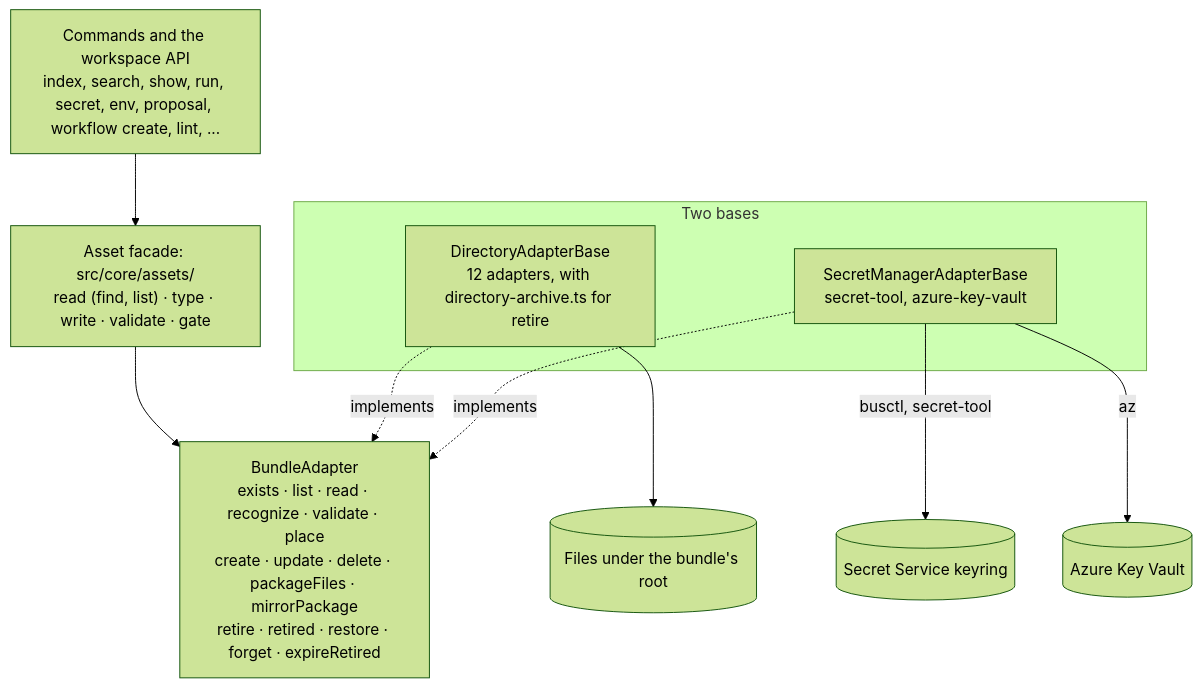
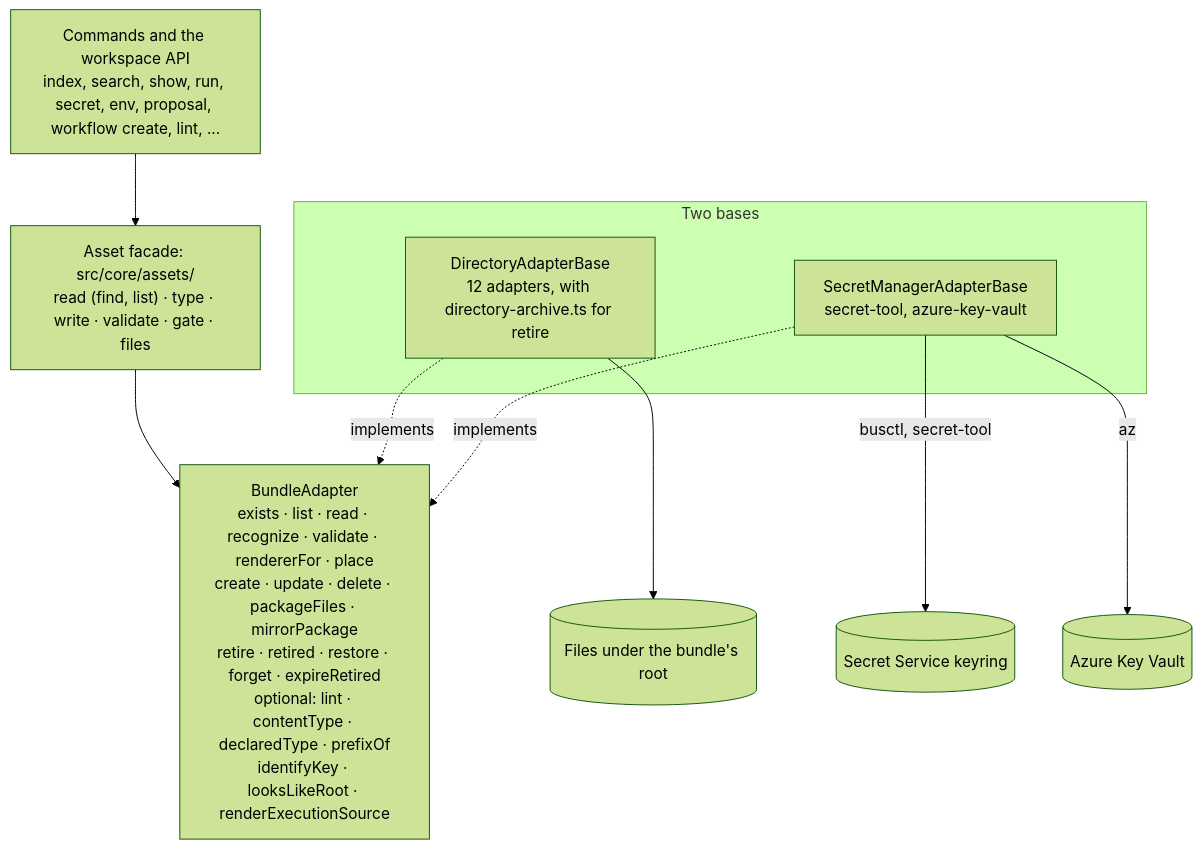
Before and after one commit to itlackey/akm: the diagram in docs/architecture/adapters.md, drawn with Mermaid (forest theme).

Commit message:
docs(adapters): diagram lists rendererFor, the optional members and the files module

````diff
--- a/docs/architecture/adapters.md
+++ b/docs/architecture/adapters.md
@@ -35,20 +35,20 @@
 ```mermaid
 flowchart TD
   CMD["Commands and the workspace API<br/>index, search, show, run, secret, env, proposal, workflow create, lint, ..."]
-  FAC["Asset facade: src/core/assets/<br/>read (find, list) · type · write · validate · gate"]
-  ADP["BundleAdapter<br/>exists · list · read · recognize · validate · place<br/>create · update · delete · packageFiles · mirrorPackage<br/>retire · retired · restore · forget · expireRetired"]
+  FAC["Asset facade: src/core/assets/<br/>read (find, list) · type · write · validate · gate · files"]
+  ADP["BundleAdapter<br/>exists · list · read · recognize · validate · rendererFor · place<br/>create · update · delete · packageFiles · mirrorPackage<br/>retire · retired · restore · forget · expireRetired<br/>optional: lint · contentType · declaredType · prefixOf<br/>identifyKey · looksLikeRoot · renderExecutionSource"]
   subgraph BASES["Two bases"]
     DIR["DirectoryAdapterBase<br/>12 adapters, with directory-archive.ts for retire"]
     SEC["SecretManagerAdapterBase<br/>secret-tool, azure-key-vault"]
   end
   FILES[("Files under the bundle's root")]
   KR[("Secret Service keyring")]
   KV[("Azure Key Vault")]
   CMD --> FAC
   FAC --> ADP
   DIR -. implements .-> ADP
   SEC -. implements .-> ADP
   DIR --> FILES
   SEC -->|"busctl, secret-tool"| KR
   SEC -->|"az"| KV
 ```
````
